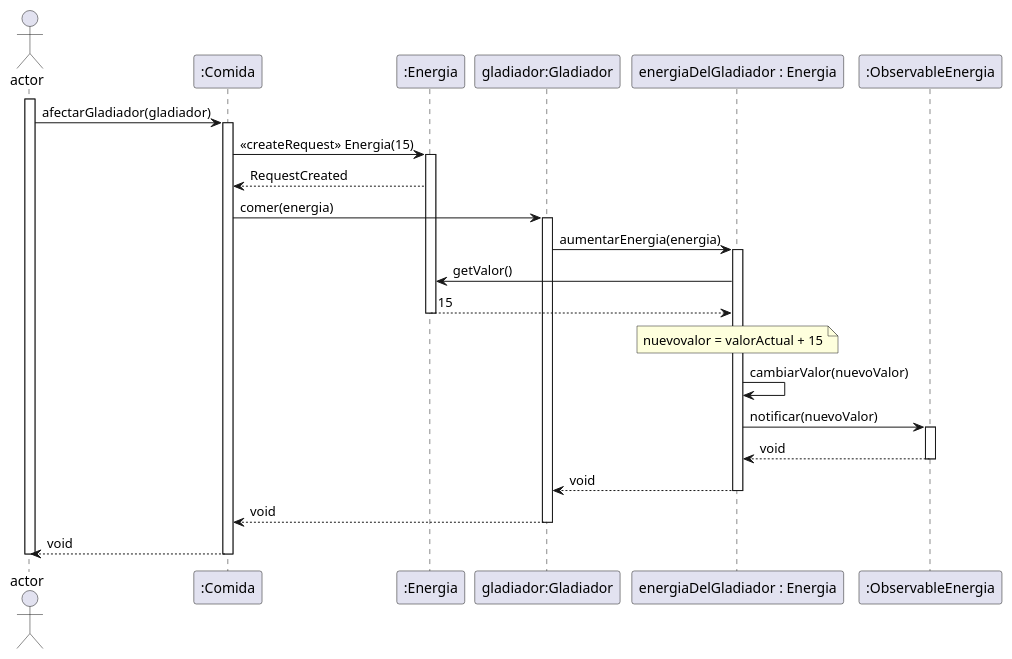
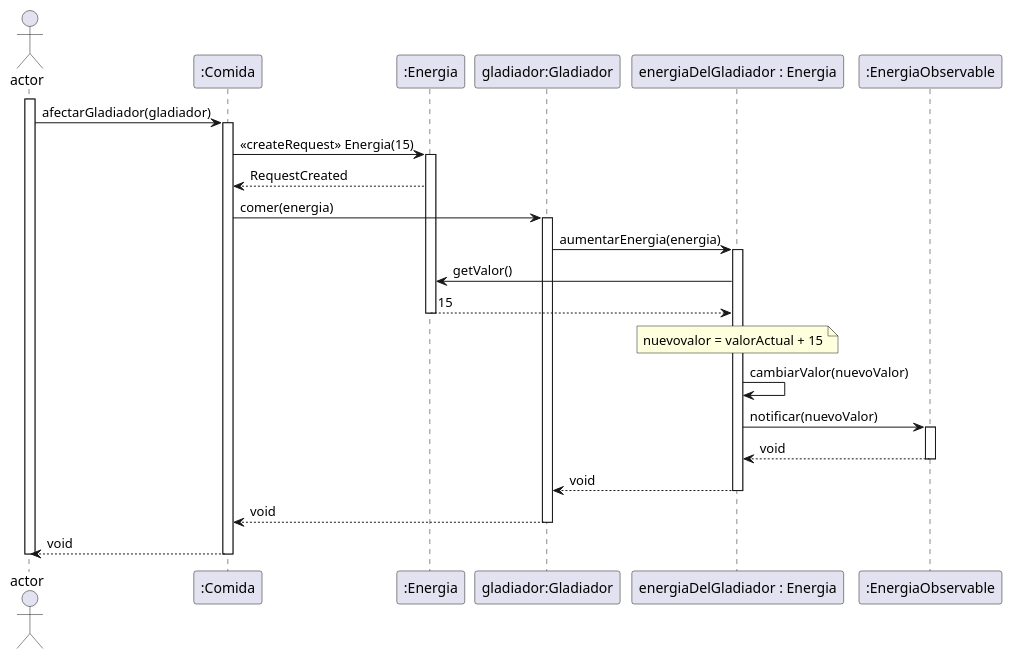
One commit to RodriguezNazareno56/FIUBA-Algo3-TP2 changed the diagram in diagrams/sequences/CasoDeUso4Test_verificarQueSiRecibeComidaIncrementaEnergiaEn15.plantuml. Above: the diagram before and after it, drawn with PlantUML. The commit also changed 8 other files, not shown here.

Commit message:
cambio el nombre de los observables en los diagramas se secuencias (#203)

```diff
--- a/diagrams/sequences/CasoDeUso4Test_verificarQueSiRecibeComidaIncrementaEnergiaEn15.plantuml
+++ b/diagrams/sequences/CasoDeUso4Test_verificarQueSiRecibeComidaIncrementaEnergiaEn15.plantuml
@@ -1,34 +1,34 @@
 @startuml
 actor Actor as "actor"
 participant comida as ":Comida"
 participant EnergiaNueva as ":Energia"
 participant Gladiador as "gladiador:Gladiador"
 participant Energia as "energiaDelGladiador : Energia"
-participant observers as ":ObservableEnergia"
+participant observers as ":EnergiaObservable"
   activate Actor
     Actor->comida: afectarGladiador(gladiador)
     activate comida
       comida->EnergiaNueva: << createRequest >> Energia(15)
       activate EnergiaNueva
       EnergiaNueva-->comida: RequestCreated
         comida->Gladiador: comer(energia)
         activate Gladiador
           Gladiador->Energia: aumentarEnergia(energia)
           activate Energia
             Energia->EnergiaNueva: getValor()
             EnergiaNueva-->Energia: 15
             deactivate EnergiaNueva
             note over Energia : nuevovalor = valorActual + 15
             Energia->Energia: cambiarValor(nuevoValor)
             Energia->observers: notificar(nuevoValor)
             activate observers
             Energia<--observers: void
             deactivate observers
           Gladiador<--Energia: void
           deactivate Energia
       comida<--Gladiador: void
       deactivate Gladiador
     Actor<--comida: void
     deactivate comida
   deactivate Actor
 @enduml
```
